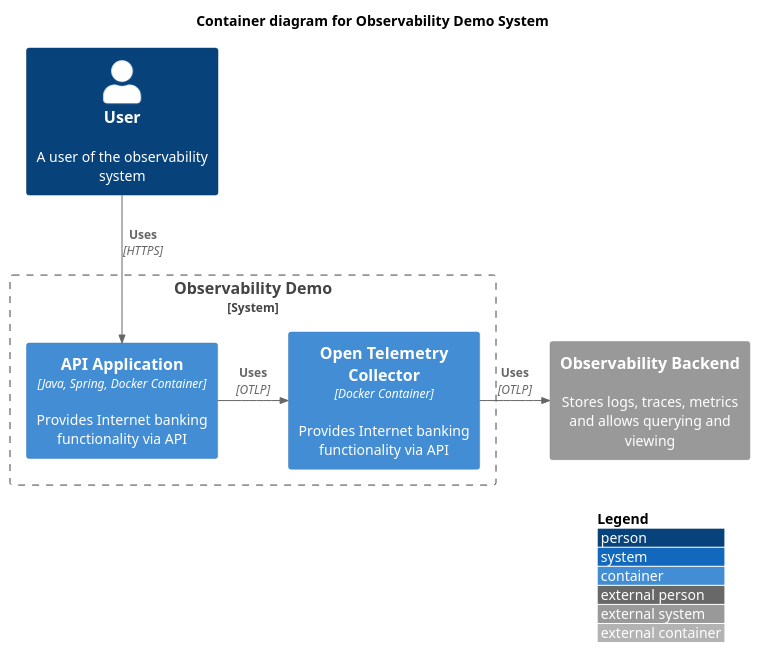
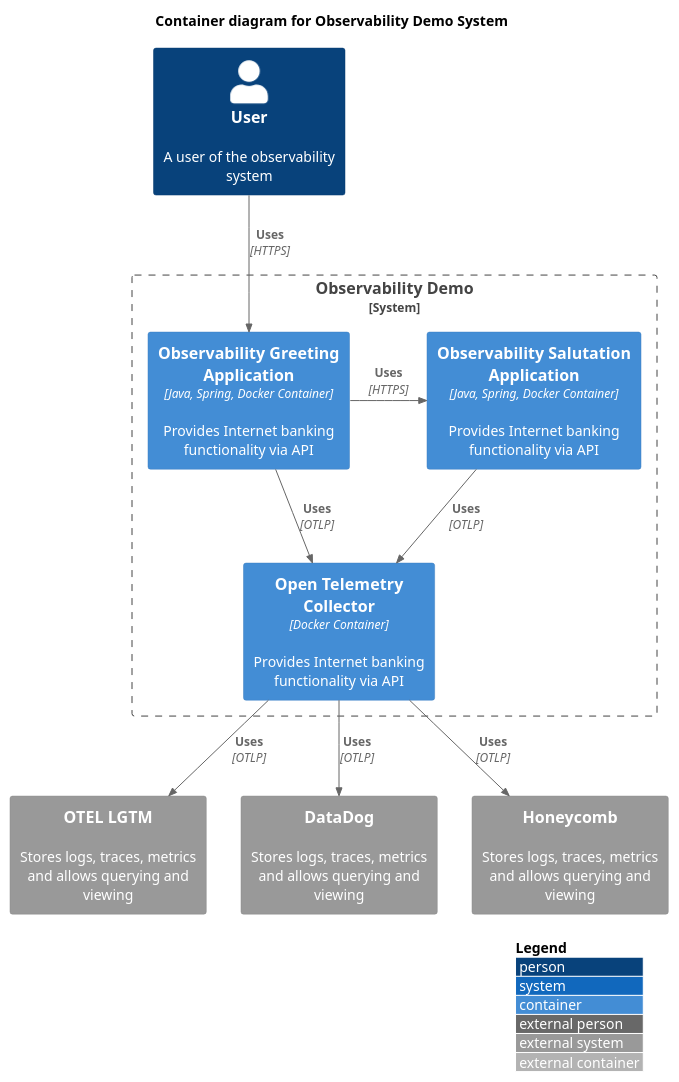
One commit to MarkGravestock/otel-observability-test changed the diagram in docs/observability-system-container.puml. Above: the diagram before and after it, drawn with PlantUML. The commit also changed 3 other files, not shown here.

```diff
--- a/docs/observability-system-container.puml
+++ b/docs/observability-system-container.puml
@@ -1,25 +1,34 @@
 @startuml
 !include https://raw.githubusercontent.com/plantuml-stdlib/C4-PlantUML/master/C4_Container.puml
 ' uncomment the following line and comment the first to use locally
 ' !include C4_Container.puml
 
 ' LAYOUT_TOP_DOWN()
 ' LAYOUT_AS_SKETCH()
 LAYOUT_WITH_LEGEND()
 
 title Container diagram for Observability Demo System
 
 Person(user, User, "A user of the observability system")
 
 System_Boundary(c1, "Observability Demo") {
-    Container(backend_api, "API Application", "Java, Spring, Docker Container", "Provides Internet banking functionality via API")
+    Container(observability_greeting, "Observability Greeting Application", "Java, Spring, Docker Container", "Provides Internet banking functionality via API")
+    Container(observability_salutation, "Observability Salutation Application", "Java, Spring, Docker Container", "Provides Internet banking functionality via API")
     Container(otel_collection, "Open Telemetry Collector", "Docker Container", "Provides Internet banking functionality via API")
 }
 
-System_Ext(observability_backend, "Observability Backend", "Stores logs, traces, metrics and allows querying and viewing")
+System_Ext(observability_backend, "OTEL LGTM", "Stores logs, traces, metrics and allows querying and viewing")
+System_Ext(datadog, "DataDog", "Stores logs, traces, metrics and allows querying and viewing")
+System_Ext(honeycomb, "Honeycomb", "Stores logs, traces, metrics and allows querying and viewing")
 
-Rel(user, backend_api, "Uses", "HTTPS")
+Rel(user, observability_greeting, "Uses", "HTTPS")
+Rel_Neighbor(observability_greeting, observability_salutation, "Uses", "HTTPS")
 
-Rel_Neighbor(backend_api, otel_collection, "Uses", "OTLP")
-Rel_Neighbor(otel_collection, observability_backend, "Uses", "OTLP")
+Rel(observability_greeting, otel_collection, "Uses", "OTLP")
+Rel(observability_salutation, otel_collection, "Uses", "OTLP")
+
+Rel(otel_collection, datadog, "Uses", "OTLP")
+Rel(otel_collection, observability_backend, "Uses", "OTLP")
+Rel(otel_collection, honeycomb, "Uses", "OTLP")
+
 @enduml
```
